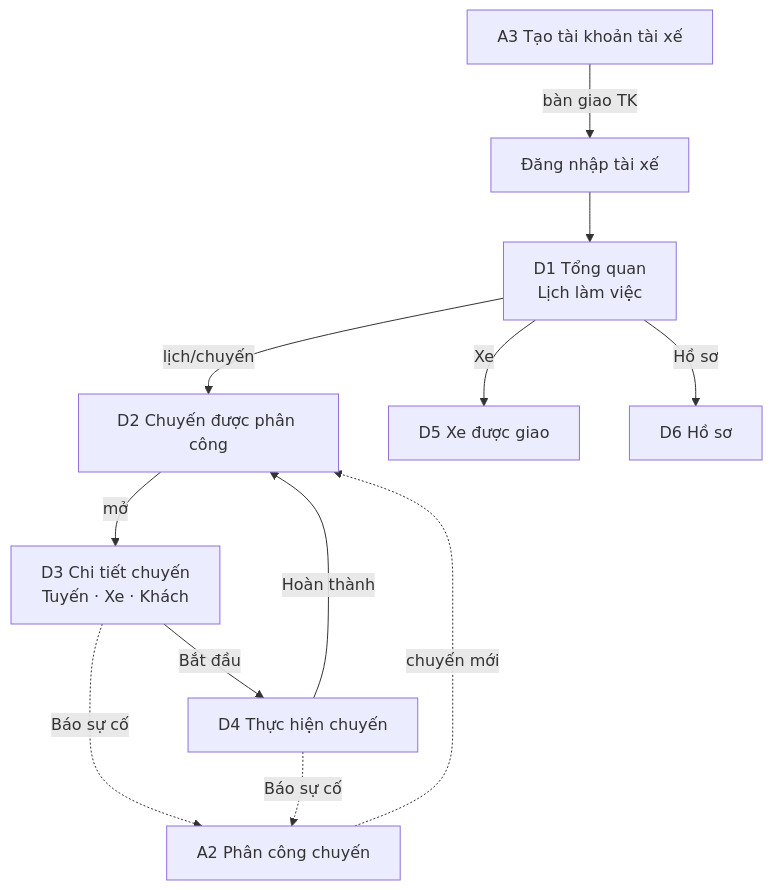
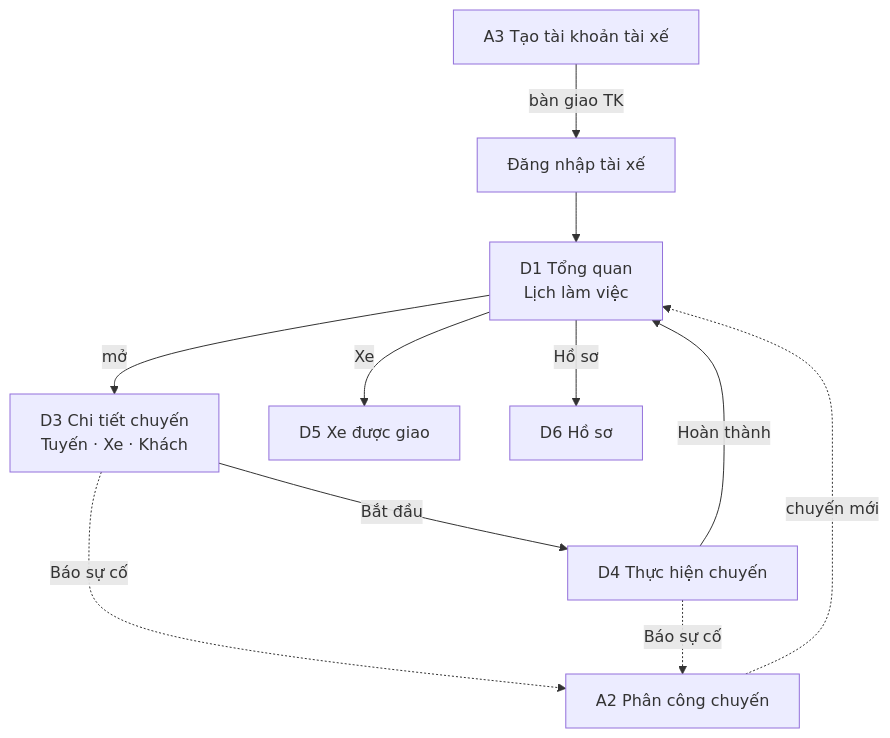
One commit to helloworld-cmyk/design changed the third of 4 diagrams in .agents/plans/flow.md. Above: the diagram before and after it, drawn with Mermaid. The commit also changed other lines of this file and 104 other files, not shown here.

````diff
--- a/.agents/plans/flow.md
+++ b/.agents/plans/flow.md
@@ -184,23 +183,21 @@
 ```mermaid
 flowchart TD
     A3["A3 Tạo tài khoản tài xế"]
     LOGIN["Đăng nhập tài xế"]
     D1["D1 Tổng quan<br/>Lịch làm việc"]
-    D2["D2 Chuyến được phân công"]
     D3["D3 Chi tiết chuyến<br/>Tuyến · Xe · Khách"]
     D4["D4 Thực hiện chuyến"]
     D5["D5 Xe được giao"]
     D6["D6 Hồ sơ"]
 
     A3 -- "bàn giao TK" --> LOGIN
     LOGIN --> D1
-    D1 -- "lịch/chuyến" --> D2
-    D2 -- "mở" --> D3
+    D1 -- "mở" --> D3
     D3 -- "Bắt đầu" --> D4
-    D4 -- "Hoàn thành" --> D2
+    D4 -- "Hoàn thành" --> D1
     D1 -- "Xe" --> D5
     D1 -- "Hồ sơ" --> D6
-    A2["A2 Phân công chuyến"] -. "chuyến mới" .-> D2
+    A2["A2 Phân công chuyến"] -. "chuyến mới" .-> D1
     D3 -. "Báo sự cố" .-> A2
     D4 -. "Báo sự cố" .-> A2
 ```
````
